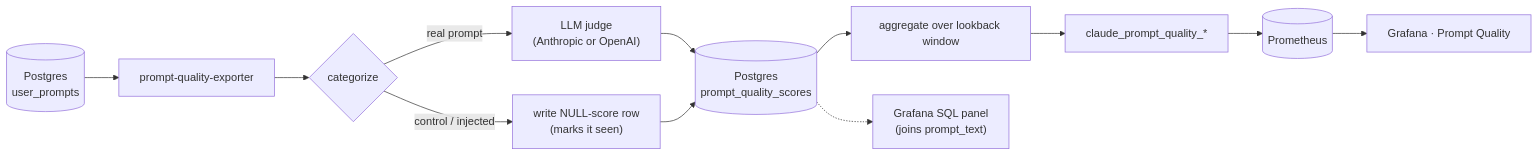
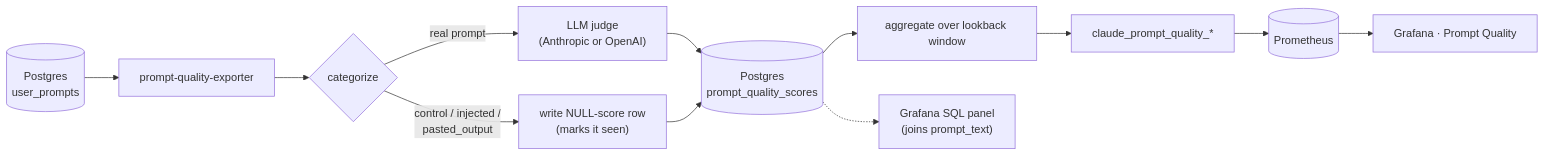
One commit to cognitive-ops/token-guard changed the diagram in prompt-quality-exporter/README.md. Above: the diagram before and after it, drawn with Mermaid. The commit also changed other lines of this file and 2 other files, not shown here.

````diff
--- a/prompt-quality-exporter/README.md
+++ b/prompt-quality-exporter/README.md
@@ -8,13 +8,13 @@
 ```mermaid
 flowchart LR
     PG1[("Postgres<br/>user_prompts")] --> EX["prompt-quality-exporter"]
     EX --> F{"categorize"}
-    F -- "control / injected" --> SKIP["write NULL-score row<br/>(marks it seen)"]
+    F -- "control / injected /<br/>pasted_output" --> SKIP["write NULL-score row<br/>(marks it seen)"]
     F -- real prompt --> LLM["LLM judge<br/>(Anthropic or OpenAI)"]
     LLM --> PG2[("Postgres<br/>prompt_quality_scores")]
     SKIP --> PG2
     PG2 --> AGG["aggregate over lookback window"]
     AGG --> G["claude_prompt_quality_*"]
     G --> PR[("Prometheus")] --> GR["Grafana · Prompt Quality"]
     PG2 -.-> DD["Grafana SQL panel<br/>(joins prompt_text)"]
 ```
````
